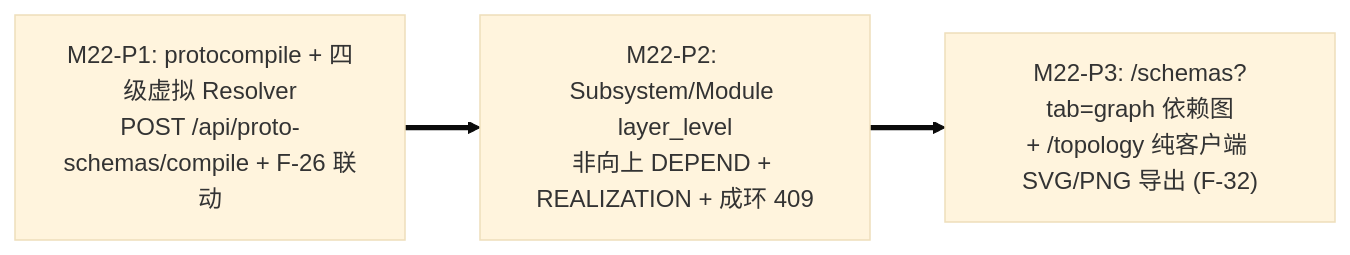
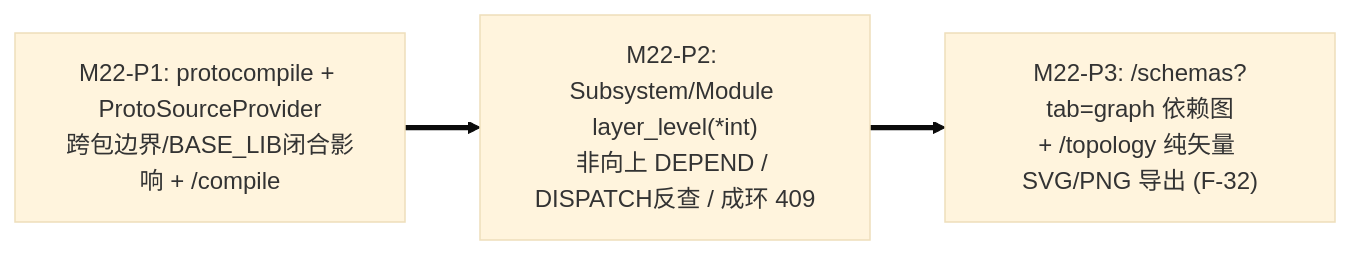
Before and after one commit to fugui/code-traefik: the diagram in docs/04-tasks/23-m22-protocompile-layering-and-dependency-graph.md, drawn with Mermaid (base theme). The commit also changed other lines of this file and 15 other files, not shown here.

````diff
--- a/docs/04-tasks/23-m22-protocompile-layering-and-dependency-graph.md
+++ b/docs/04-tasks/23-m22-protocompile-layering-and-dependency-graph.md
@@ -29,5 +30,5 @@
 ```mermaid
 flowchart LR
-    P1["M22-P1: protocompile + 四级虚拟 Resolver\nPOST /api/proto-schemas/compile + F-26 联动"] ==> P2["M22-P2: Subsystem/Module layer_level\n非向上 DEPEND + REALIZATION + 成环 409"]
-    P2 ==> P3["M22-P3: /schemas?tab=graph 依赖图\n+ /topology 纯客户端 SVG/PNG 导出 (F-32)"]
+    P1["M22-P1: protocompile + ProtoSourceProvider\n跨包边界/BASE_LIB闭合影响 + /compile"] ==> P2["M22-P2: Subsystem/Module layer_level(*int)\n非向上 DEPEND / DISPATCH反查 / 成环 409"]
+    P2 ==> P3["M22-P3: /schemas?tab=graph 依赖图\n+ /topology 纯矢量 SVG/PNG 导出 (F-32)"]
 ```
````
